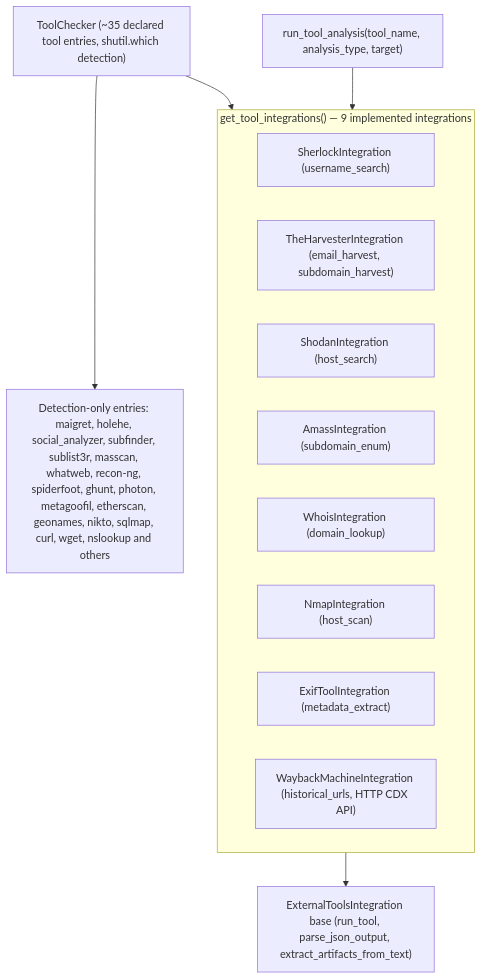
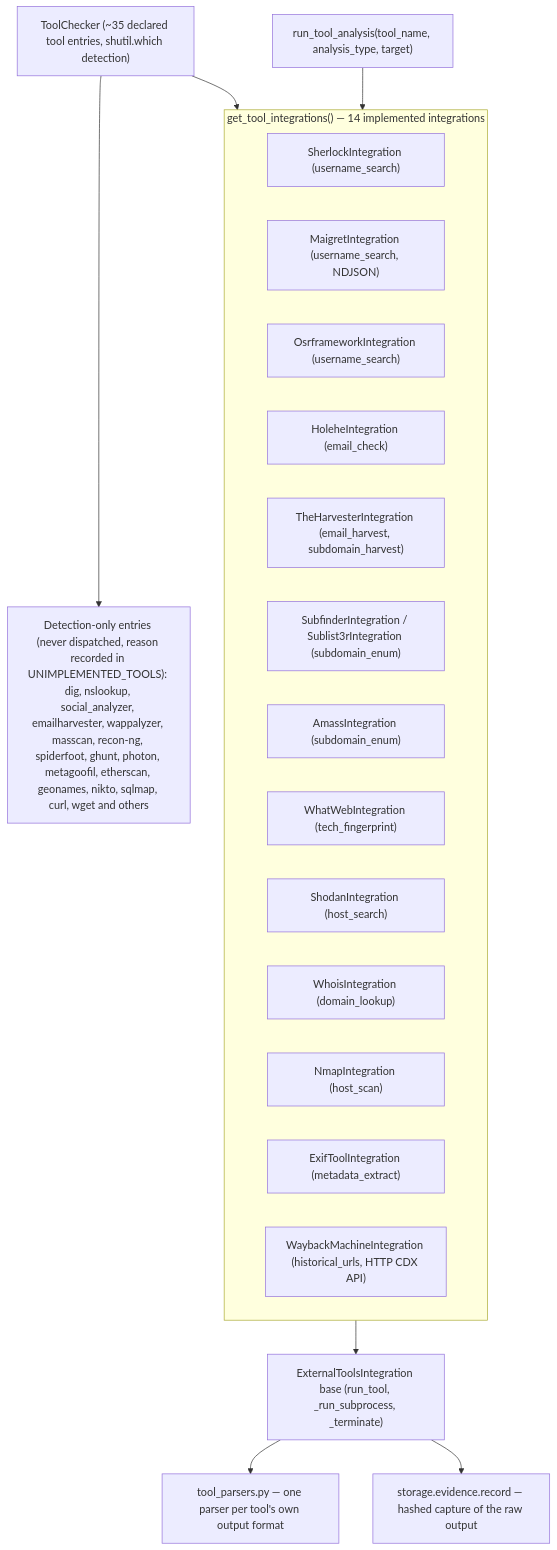
The seventh of 13 diagrams in docs/ARCHITECTURE.md (dhayarajas/gih), drawn with Mermaid before and after one commit. The commit also changed other lines of this file and 3 other files, not shown here.

````diff
--- a/docs/ARCHITECTURE.md
+++ b/docs/ARCHITECTURE.md
@@ -343,24 +343,33 @@
 ```mermaid
 graph TD
     CHK["ToolChecker (~35 declared tool entries, shutil.which detection)"]
-    INT["ExternalToolsIntegration base (run_tool, parse_json_output, extract_artifacts_from_text)"]
+    INT["ExternalToolsIntegration base (run_tool, _run_subprocess, _terminate)"]
+    PARSE["tool_parsers.py — one parser per tool's own output format"]
     RUN["run_tool_analysis(tool_name, analysis_type, target)"]
+    EV["storage.evidence.record — hashed capture of the raw output"]
 
-    subgraph Implemented["get_tool_integrations() — 9 implemented integrations"]
+    subgraph Implemented["get_tool_integrations() — 14 implemented integrations"]
         S["SherlockIntegration (username_search)"]
+        M["MaigretIntegration (username_search, NDJSON)"]
+        O["OsrframeworkIntegration (username_search)"]
+        H["HoleheIntegration (email_check)"]
         T["TheHarvesterIntegration (email_harvest, subdomain_harvest)"]
+        SF["SubfinderIntegration / Sublist3rIntegration (subdomain_enum)"]
+        A["AmassIntegration (subdomain_enum)"]
+        WW["WhatWebIntegration (tech_fingerprint)"]
         SH["ShodanIntegration (host_search)"]
-        A["AmassIntegration (subdomain_enum)"]
         W["WhoisIntegration (domain_lookup)"]
         N["NmapIntegration (host_scan)"]
         E["ExifToolIntegration (metadata_extract)"]
         WB["WaybackMachineIntegration (historical_urls, HTTP CDX API)"]
     end
 
-    DETECTONLY["Detection-only entries: maigret, holehe, social_analyzer, subfinder, sublist3r, masscan, whatweb, recon-ng, spiderfoot, ghunt, photon, metagoofil, etherscan, geonames, nikto, sqlmap, curl, wget, nslookup and others"]
+    DETECTONLY["Detection-only entries (never dispatched, reason recorded in UNIMPLEMENTED_TOOLS): dig, nslookup, social_analyzer, emailharvester, wappalyzer, masscan, recon-ng, spiderfoot, ghunt, photon, metagoofil, etherscan, geonames, nikto, sqlmap, curl, wget and others"]
 
     CHK --> DETECTONLY
     CHK --> Implemented
     RUN --> Implemented
     Implemented --> INT
+    INT --> PARSE
+    INT --> EV
 ```
````
